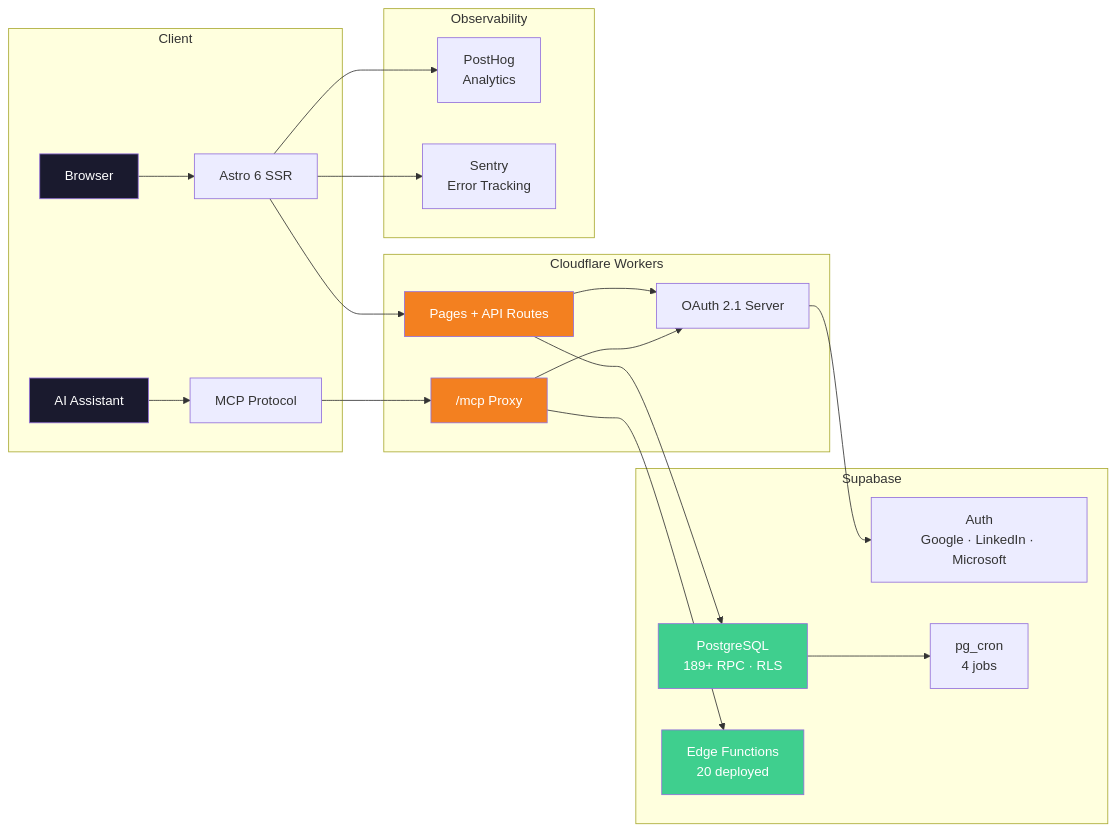
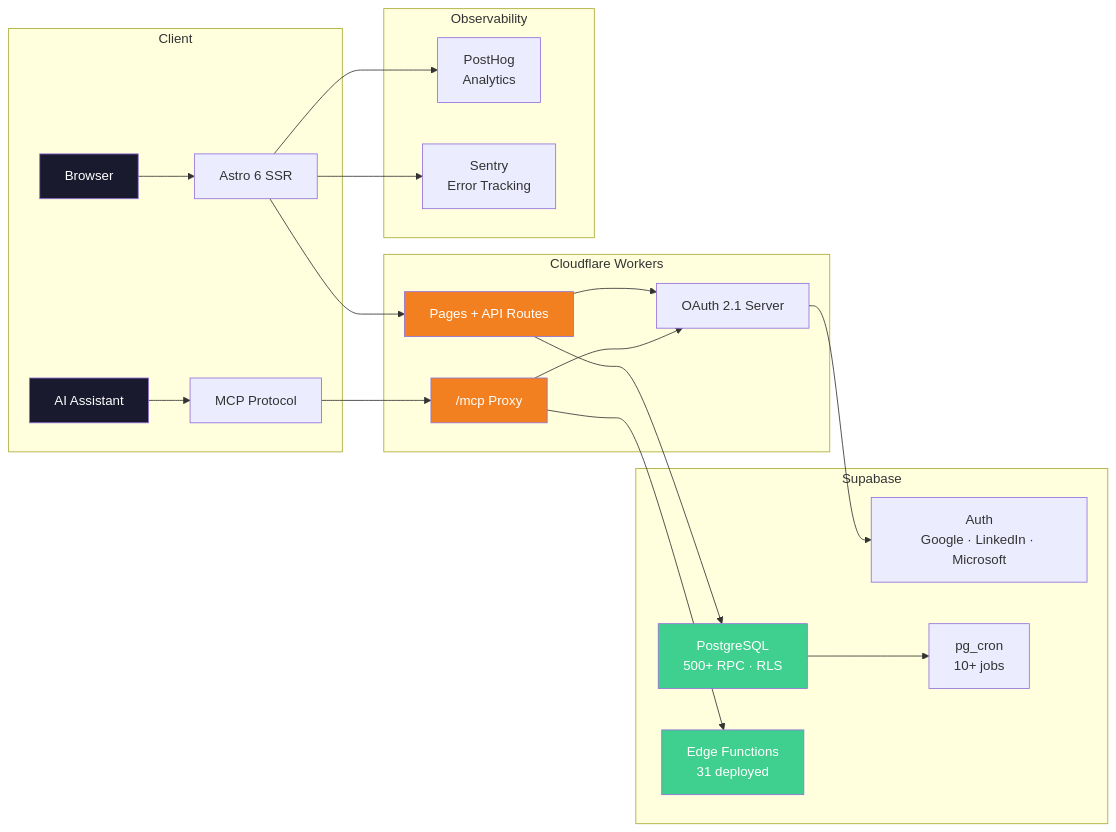
One commit to VitorMRodovalho/ai-pm-research-hub changed the first of 2 diagrams in README.md. Above: the diagram before and after it, drawn with Mermaid. The commit also changed other lines of this file and 1 other file, not shown here.

````diff
--- a/README.md
+++ b/README.md
@@ -68,33 +68,33 @@
 ```mermaid
 graph LR
     subgraph Client
         A[Browser] --> B[Astro 6 SSR]
         C[AI Assistant] --> D[MCP Protocol]
     end
 
     subgraph "Cloudflare Workers"
         B --> E[Pages + API Routes]
         D --> F["/mcp Proxy"]
         E --> G[OAuth 2.1 Server]
         F --> G
     end
 
     subgraph "Supabase"
         G --> H[Auth<br/>Google · LinkedIn · Microsoft]
-        E --> I[PostgreSQL<br/>189+ RPC · RLS]
-        F --> J[Edge Functions<br/>20 deployed]
-        I --> K[pg_cron<br/>4 jobs]
+        E --> I[PostgreSQL<br/>500+ RPC · RLS]
+        F --> J[Edge Functions<br/>31 deployed]
+        I --> K[pg_cron<br/>10+ jobs]
     end
 
     subgraph "Observability"
         B --> L[PostHog<br/>Analytics]
         B --> M[Sentry<br/>Error Tracking]
     end
 
     style A fill:#1a1a2e,color:#fff
     style C fill:#1a1a2e,color:#fff
     style E fill:#F38020,color:#fff
     style F fill:#F38020,color:#fff
     style I fill:#3FCF8E,color:#fff
     style J fill:#3FCF8E,color:#fff
 ```
````
